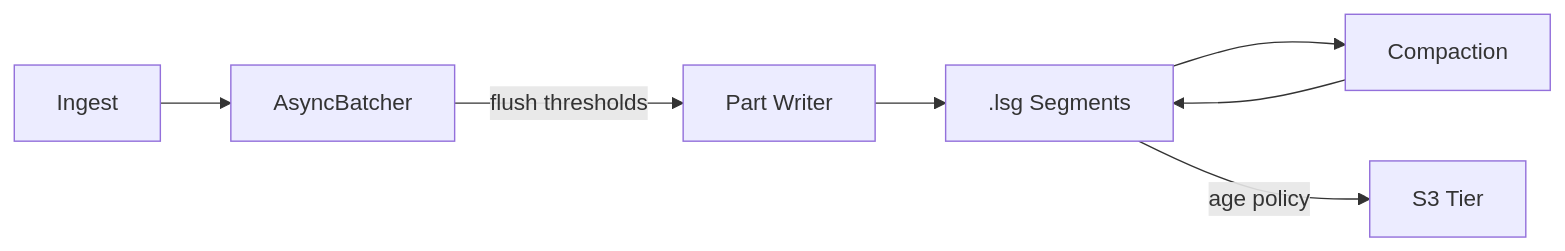
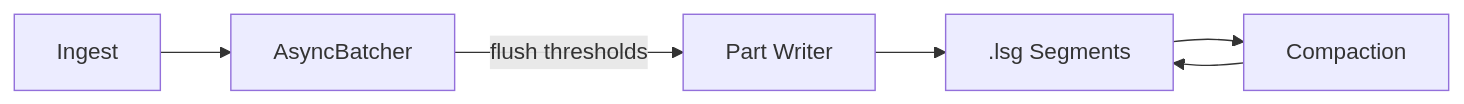
The first of 2 diagrams in docs/site/docs/architecture/overview.md (lynxbase/lynxdb), drawn with Mermaid before and after one commit. The commit also changed other lines of this file and 79 other files, not shown here.

````diff
--- a/docs/site/docs/architecture/overview.md
+++ b/docs/site/docs/architecture/overview.md
@@ -105,9 +103,8 @@
 ```mermaid
 flowchart LR
     A[Ingest] --> B[AsyncBatcher]
     B -->|flush thresholds| C[Part Writer]
     C --> D[".lsg Segments"]
     D --> E[Compaction]
     E --> D
-    D -->|age policy| F[S3 Tier]
 ```
````
